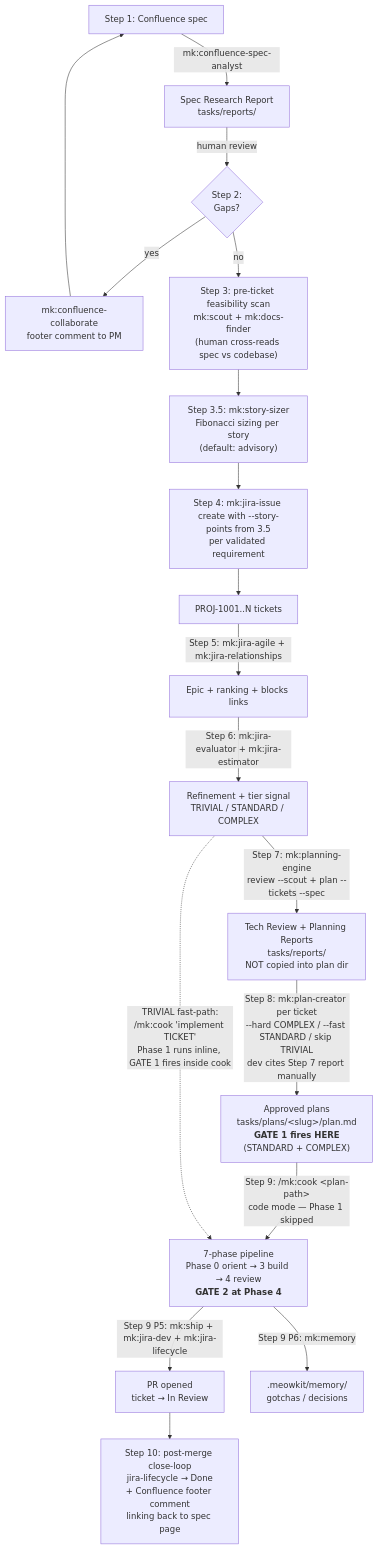
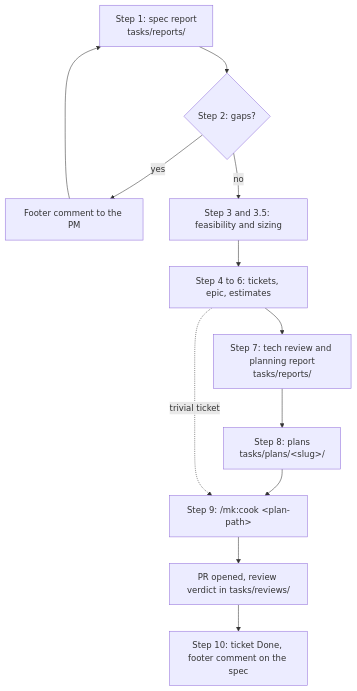
The first of 2 diagrams in packages/docs/content/docs/workflows/spec-to-pr-walkthrough/index.mdx (ngocsangyem/MeowKit), drawn with Mermaid before and after one commit. The commit also changed other lines of this file and 269 other files, not shown here.

````diff
--- a/packages/docs/content/docs/workflows/spec-to-pr-walkthrough/index.mdx
+++ b/packages/docs/content/docs/workflows/spec-to-pr-walkthrough/index.mdx
@@ -42,20 +44,14 @@
 ```mermaid
 flowchart TD
-    A[Step 1: Confluence spec] -->|mk:confluence-spec-analyst| B["Spec Research Report<br/>tasks/reports/"]
-    B -->|human review| C{Step 2:<br/>Gaps?}
-    C -->|yes| D[mk:confluence-collaborate<br/>footer comment to PM]
-    D --> A
-    C -->|no| S["Step 3: pre-ticket feasibility scan<br/>mk:scout + mk:docs-finder<br/>(human cross-reads spec vs codebase)"]
-    S --> Z["Step 3.5: mk:story-sizer<br/>Fibonacci sizing per story<br/>(default: advisory)"]
-    Z --> E[Step 4: mk:jira-issue create with --story-points from 3.5<br/>per validated requirement]
-    E --> F["PROJ-1001..N tickets"]
-    F -->|Step 5: mk:jira-agile + mk:jira-relationships| G[Epic + ranking + blocks links]
-    G -->|Step 6: mk:jira-evaluator + mk:jira-estimator| H["Refinement + tier signal<br/>TRIVIAL / STANDARD / COMPLEX"]
-    H -->|Step 7: mk:planning-engine<br/>review --scout + plan --tickets --spec| I["Tech Review + Planning Reports<br/>tasks/reports/<br/>NOT copied into plan dir"]
-    I -->|Step 8: mk:plan-creator per ticket<br/>--hard COMPLEX / --fast STANDARD / skip TRIVIAL<br/>dev cites Step 7 report manually| P["Approved plans<br/>tasks/plans/&lt;slug&gt;/plan.md<br/><b>GATE 1 fires HERE</b><br/>(STANDARD + COMPLEX)"]
-    P -->|Step 9: /mk:cook &lt;plan-path&gt;<br/>code mode — Phase 1 skipped| J["7-phase pipeline<br/>Phase 0 orient → 3 build → 4 review<br/><b>GATE 2 at Phase 4</b>"]
-    H -.->|TRIVIAL fast-path:<br/>/mk:cook 'implement TICKET'<br/>Phase 1 runs inline, GATE 1 fires inside cook| J
-    J -->|Step 9 P5: mk:ship + mk:jira-dev + mk:jira-lifecycle| K[PR opened<br/>ticket → In Review]
-    J -->|Step 9 P6: mk:memory| L[".meowkit/memory/<br/>gotchas / decisions"]
-    K --> M["Step 10: post-merge close-loop<br/>jira-lifecycle → Done<br/>+ Confluence footer comment<br/>linking back to spec page"]
+    A["Step 1: spec report<br/>tasks/reports/"] --> B{"Step 2: gaps?"}
+    B -->|yes| C["Footer comment to the PM"]
+    C --> A
+    B -->|no| D["Step 3 and 3.5: feasibility and sizing"]
+    D --> E["Step 4 to 6: tickets, epic, estimates"]
+    E --> F["Step 7: tech review and planning report<br/>tasks/reports/"]
+    F --> G["Step 8: plans<br/>tasks/plans/&lt;slug&gt;/"]
+    G --> H["Step 9: /mk:cook &lt;plan-path&gt;"]
+    E -.->|"trivial ticket"| H
+    H --> I["PR opened, review verdict in tasks/reviews/"]
+    I --> J["Step 10: ticket Done, footer comment on the spec"]
 ```
````
